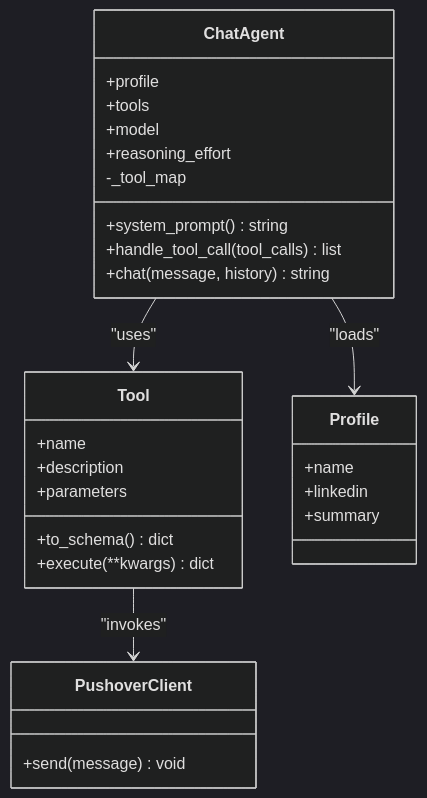
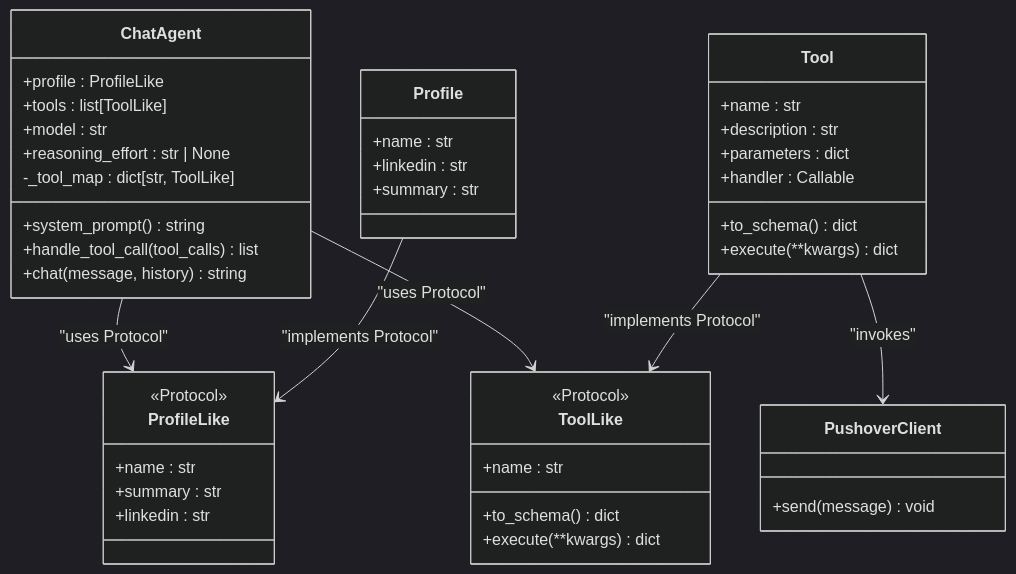
Before and after one commit to jessedatawiz/professional-alter-ego: the third of 6 diagrams in .qoder/repowiki/en/content/Chat Agent Engine.md, drawn with Mermaid (dark theme). The commit also changed other lines of this file and 3 other files, not shown here.

````diff
--- a/.qoder/repowiki/en/content/Chat Agent Engine.md
+++ b/.qoder/repowiki/en/content/Chat Agent Engine.md
@@ -143,31 +160,46 @@
 ```mermaid
 classDiagram
 class ChatAgent {
-+profile
-+tools
-+model
-+reasoning_effort
--_tool_map
++profile : ProfileLike
++tools : list[ToolLike]
++model : str
++reasoning_effort : str | None
+-_tool_map : dict[str, ToolLike]
 +system_prompt() string
 +handle_tool_call(tool_calls) list
 +chat(message, history) string
 }
+class ProfileLike {
+<<Protocol>>
++name : str
++summary : str
++linkedin : str
+}
+class ToolLike {
+<<Protocol>>
++name : str
++to_schema() dict
++execute(**kwargs) dict
+}
 class Tool {
-+name
-+description
-+parameters
++name : str
++description : str
++parameters : dict
++handler : Callable
 +to_schema() dict
 +execute(**kwargs) dict
 }
 class Profile {
-+name
-+linkedin
-+summary
++name : str
++linkedin : str
++summary : str
 }
 class PushoverClient {
 +send(message) void
 }
-ChatAgent --> Tool : "uses"
-ChatAgent --> Profile : "loads"
+ChatAgent --> ProfileLike : "uses Protocol"
+ChatAgent --> ToolLike : "uses Protocol"
+Tool --> ToolLike : "implements Protocol"
+Profile --> ProfileLike : "implements Protocol"
 Tool --> PushoverClient : "invokes"
 ```
````
